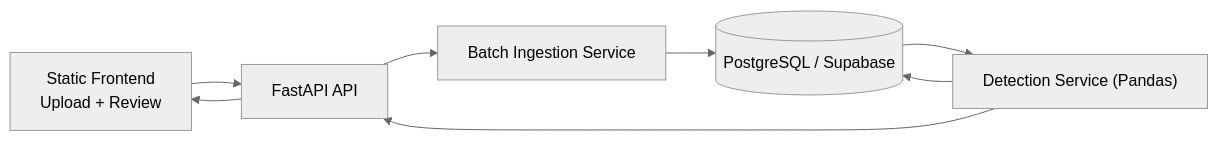
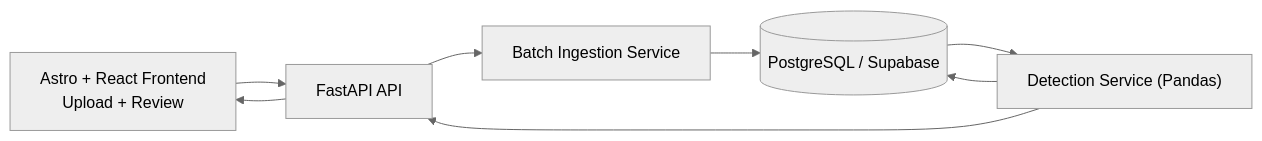
The diagram in docs/architecture.md (akurtle/FraudAnalyzer), drawn with Mermaid (neutral theme) before and after one commit. The commit also changed other lines of this file and 25 other files, not shown here.

````diff
--- a/docs/architecture.md
+++ b/docs/architecture.md
@@ -12,10 +12,10 @@
 ```mermaid
 flowchart LR
-    UI["Static Frontend<br/>Upload + Review"] --> API["FastAPI API"]
+    UI["Astro + React Frontend<br/>Upload + Review"] --> API["FastAPI API"]
     API --> INGEST["Batch Ingestion Service"]
     INGEST --> DB[("PostgreSQL / Supabase")]
     DB --> DETECT["Detection Service (Pandas)"]
     DETECT --> DB
     DETECT --> API
     API --> UI
 ```
````
